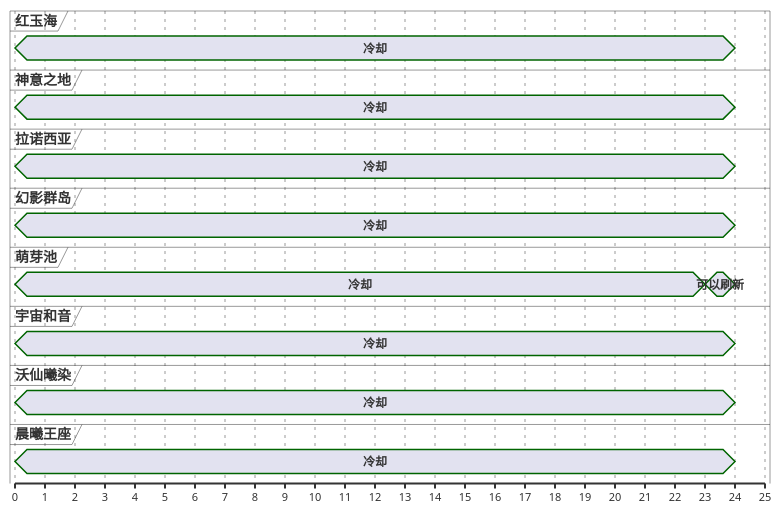
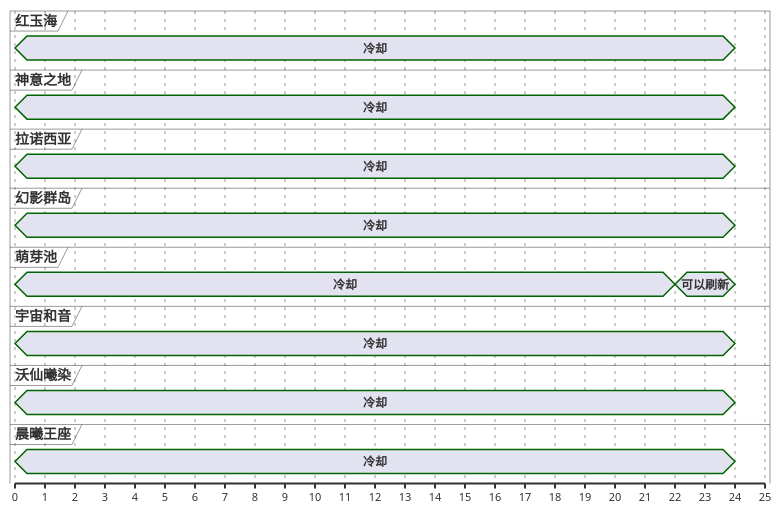
The first of 13 diagrams in ffxiv/hunt/2.0/Brontes.md (Eroleice/doc-pi), drawn with PlantUML before and after one commit. The commit also changed other lines of this file and 38 other files, not shown here.

````diff
--- a/ffxiv/hunt/2.0/Brontes.md
+++ b/ffxiv/hunt/2.0/Brontes.md
@@ -33,48 +33,48 @@
 ```plantuml
 @startuml
 scale 1 as 30 pixels
 
 concise 红玉海
 concise 神意之地
 concise 拉诺西亚
 concise 幻影群岛
 concise 萌芽池
 concise 宇宙和音
 concise 沃仙曦染
 concise 晨曦王座
 
 @萌芽池
 0 is 冷却
-23 is 可以刷新
+22 is 可以刷新
 24 is {hidden}
 
 @沃仙曦染
 0 is 冷却
 24 is {hidden}
 
 @红玉海
 0 is 冷却
 24 is {hidden}
 
 @宇宙和音
 0 is 冷却
 24 is {hidden}
 
 @幻影群岛
 0 is 冷却
 24 is {hidden}
 
 @拉诺西亚
 0 is 冷却
 24 is {hidden}
 
 @神意之地
 0 is 冷却
 24 is {hidden}
 
 @晨曦王座
 0 is 冷却
 24 is {hidden}
 
 @enduml
 ```
````
